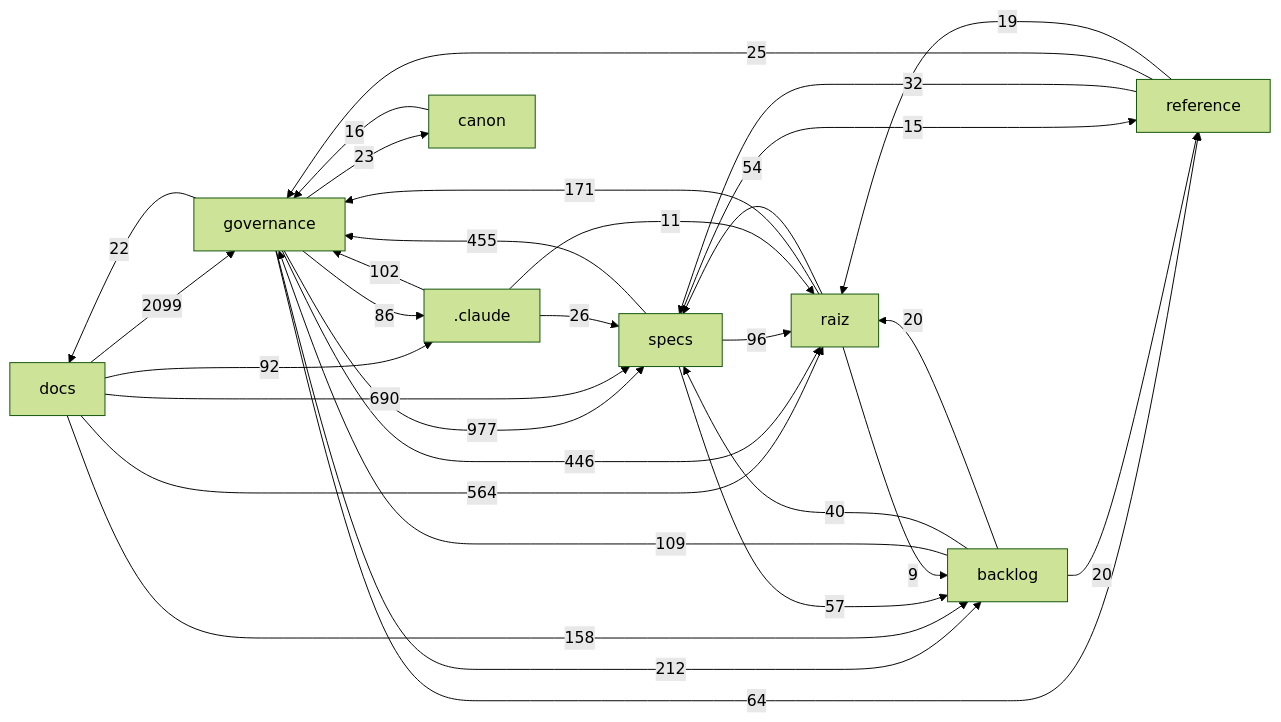
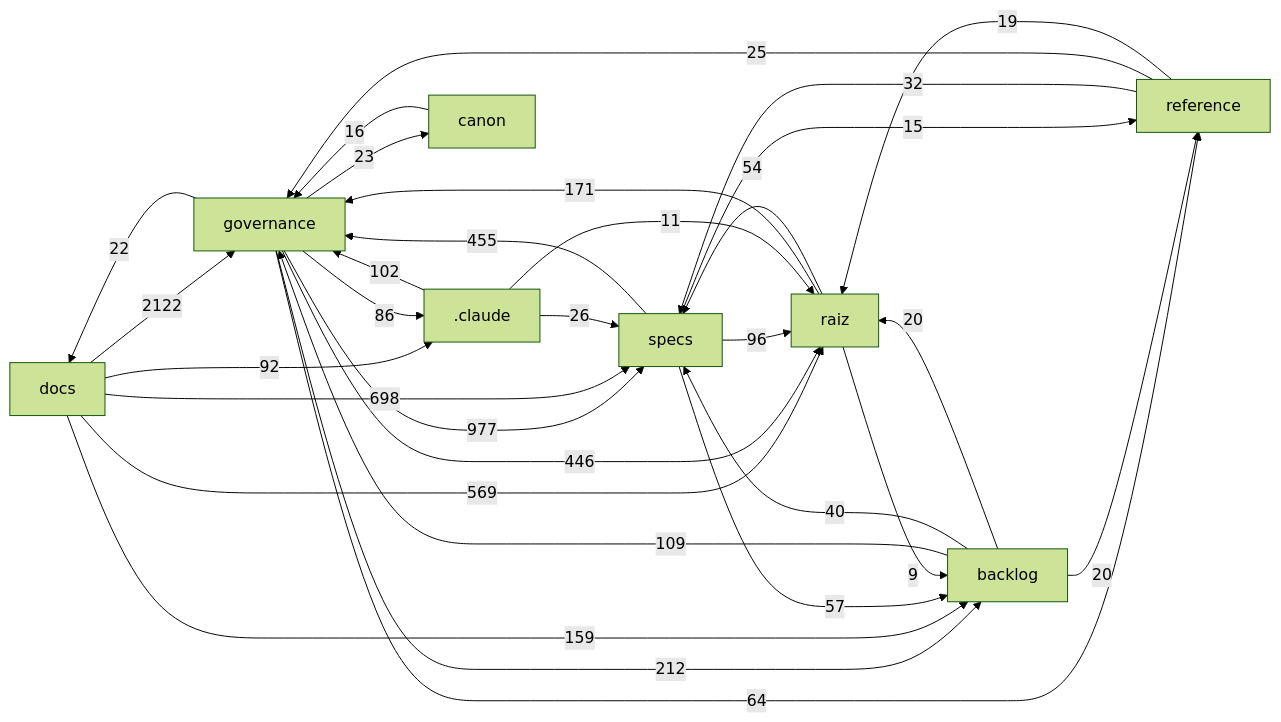
One commit to Andraus35/Sistema-Operacional-de-Trading--SOT changed the diagram in docs/mapa/MAPA-PROJETO.md. Above: the diagram before and after it, drawn with Mermaid (forest theme). The commit also changed other lines of this file and 4 other files, not shown here.

````diff
--- a/docs/mapa/MAPA-PROJETO.md
+++ b/docs/mapa/MAPA-PROJETO.md
@@ -29,33 +29,33 @@
 ```mermaid
 flowchart LR
-  docs["docs"] -->|2099| governance["governance"]
+  docs["docs"] -->|2122| governance["governance"]
   governance["governance"] -->|977| specs["specs"]
-  docs["docs"] -->|690| specs["specs"]
-  docs["docs"] -->|564| raiz["raiz"]
+  docs["docs"] -->|698| specs["specs"]
+  docs["docs"] -->|569| raiz["raiz"]
   specs["specs"] -->|455| governance["governance"]
   governance["governance"] -->|446| raiz["raiz"]
   governance["governance"] -->|212| backlog["backlog"]
   raiz["raiz"] -->|171| governance["governance"]
-  docs["docs"] -->|158| backlog["backlog"]
+  docs["docs"] -->|159| backlog["backlog"]
   backlog["backlog"] -->|109| governance["governance"]
   _claude[".claude"] -->|102| governance["governance"]
   specs["specs"] -->|96| raiz["raiz"]
   docs["docs"] -->|92| _claude[".claude"]
   governance["governance"] -->|86| _claude[".claude"]
   governance["governance"] -->|64| reference["reference"]
   specs["specs"] -->|57| backlog["backlog"]
   raiz["raiz"] -->|54| specs["specs"]
   backlog["backlog"] -->|40| specs["specs"]
   reference["reference"] -->|32| specs["specs"]
   _claude[".claude"] -->|26| specs["specs"]
   reference["reference"] -->|25| governance["governance"]
   governance["governance"] -->|23| canon["canon"]
   governance["governance"] -->|22| docs["docs"]
   backlog["backlog"] -->|20| raiz["raiz"]
   backlog["backlog"] -->|20| reference["reference"]
   reference["reference"] -->|19| raiz["raiz"]
   canon["canon"] -->|16| governance["governance"]
   specs["specs"] -->|15| reference["reference"]
   _claude[".claude"] -->|11| raiz["raiz"]
   raiz["raiz"] -->|9| backlog["backlog"]
 ```
````
